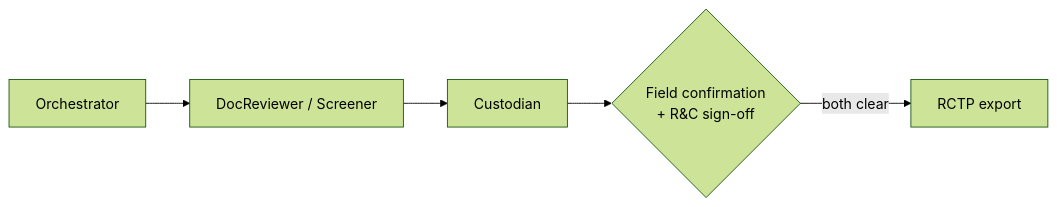
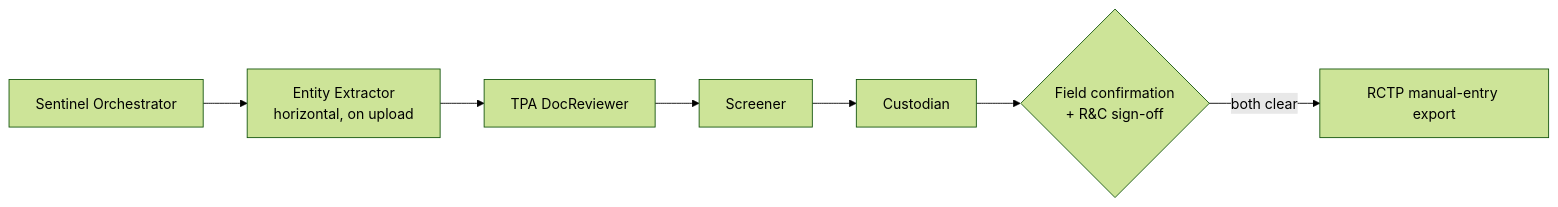
One commit to dayltan-sudo/risk-compliance changed the first of 3 diagrams in README.md. Above: the diagram before and after it, drawn with Mermaid (forest theme). The commit also changed other lines of this file, not shown here.

Commit message:
Correct Sentinel agent count in README to match current TPA prompt set
Root README said "four agents" and omitted Entity Extractor entirely; the
current TPA Prompts v2 set (referenced by PRD v9) has five: Sentinel
(orchestrator), Entity Extractor, TPA DocReviewer, Screener, and Custodian.

````diff
--- a/README.md
+++ b/README.md
@@ -19,7 +19,9 @@
 ```mermaid
 flowchart LR
-    O[Orchestrator] --> R[DocReviewer / Screener]
-    R --> C[Custodian]
+    O[Sentinel Orchestrator] --> Ex[Entity Extractor<br/>horizontal, on upload]
+    Ex --> D[TPA DocReviewer]
+    D --> S[Screener]
+    S --> C[Custodian]
     C --> G{Field confirmation<br/>+ R&C sign-off}
-    G -->|both clear| E[RCTP export]
+    G -->|both clear| E[RCTP manual-entry export]
 ```
````
